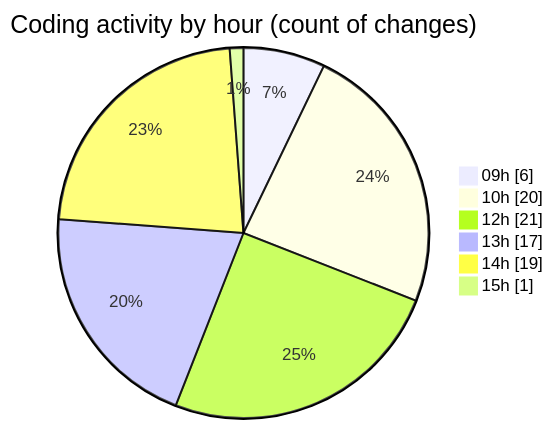
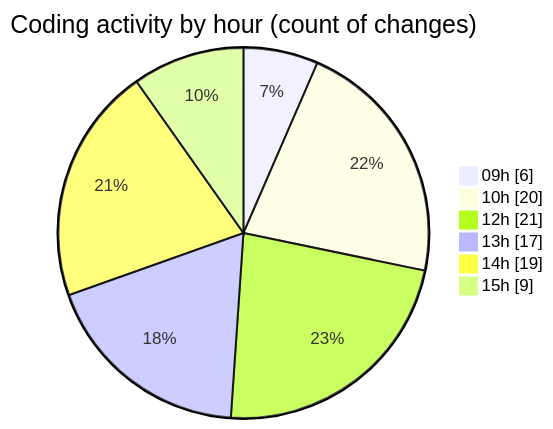
The second of 2 diagrams in 2026-02-18/bot_v1_2/README.md (becaeroporto-bot/code-tracking), drawn with Mermaid before and after one commit. The commit also changed other lines of this file and 1 other file, not shown here.

````diff
--- a/2026-02-18/bot_v1_2/README.md
+++ b/2026-02-18/bot_v1_2/README.md
@@ -55,10 +55,10 @@
 ```mermaid
 pie showData
 title Coding activity by hour (count of changes)
 "09h" : 6
 "10h" : 20
 "12h" : 21
 "13h" : 17
 "14h" : 19
-"15h" : 1
+"15h" : 9
 ```
````
